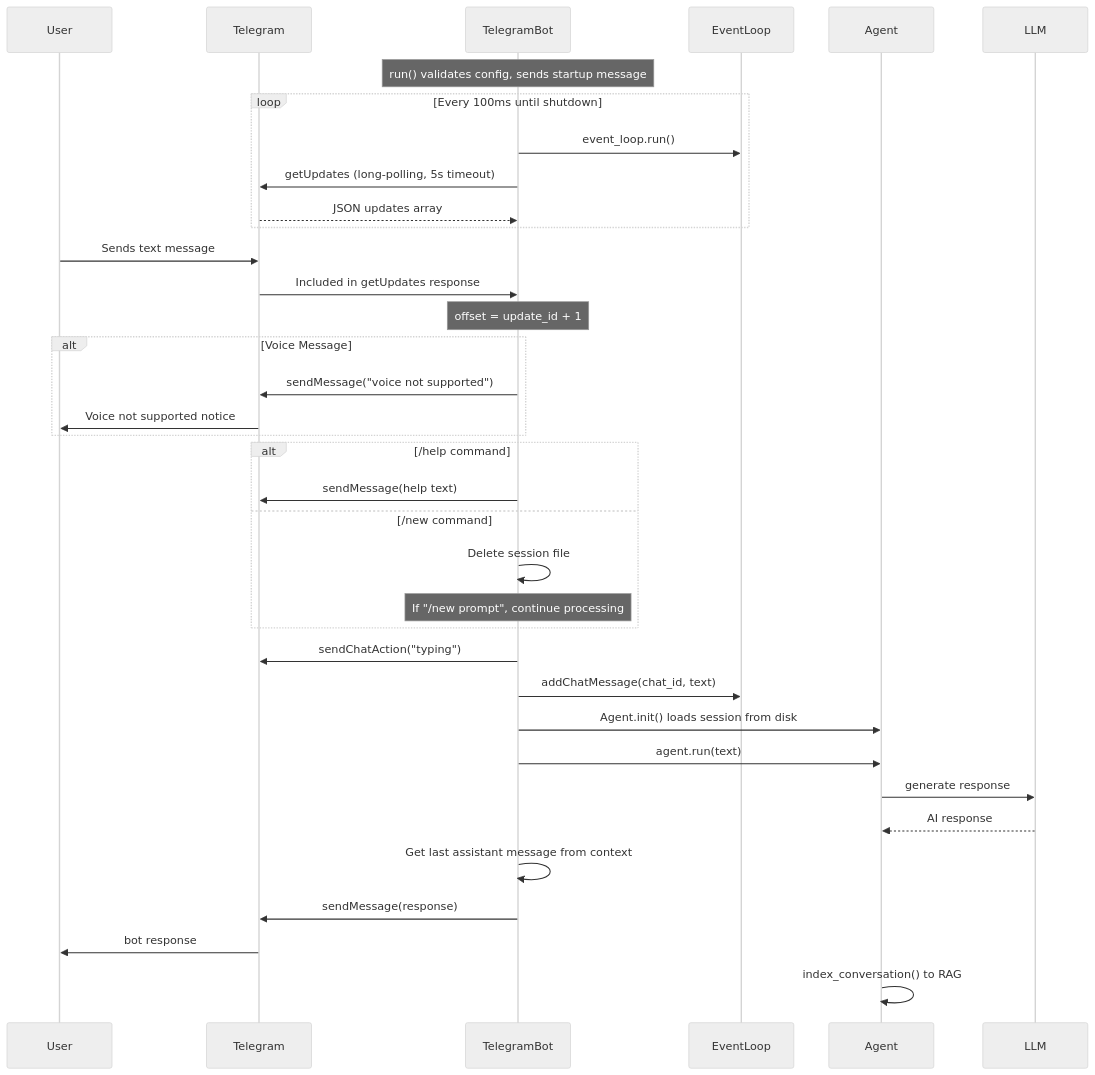
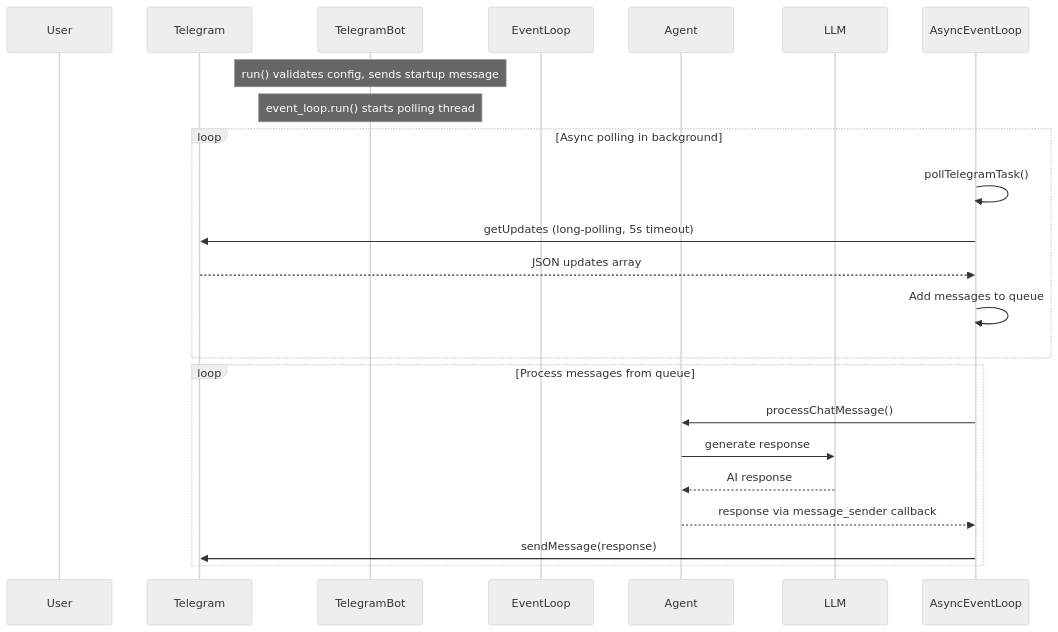
The second of 4 diagrams in docs/TELEGRAM_BOT.md (satibot/satibot), drawn with Mermaid (neutral theme) before and after one commit. The commit also changed other lines of this file and 3 other files, not shown here.

First line of the commit message:
fix: migrate Telegram bot to fully async event loop architecture with background polling

````diff
--- a/docs/TELEGRAM_BOT.md
+++ b/docs/TELEGRAM_BOT.md
@@ -112,54 +122,32 @@
 ```mermaid
 sequenceDiagram
     participant User
     participant Telegram
     participant TelegramBot
     participant EventLoop
     participant Agent
     participant LLM
     
     %% Initial Setup
     Note over TelegramBot: run() validates config, sends startup message
     
     %% Main Loop
-    loop Every 100ms until shutdown
-        TelegramBot->>EventLoop: event_loop.run()
-        TelegramBot->>Telegram: getUpdates (long-polling, 5s timeout)
-        Telegram-->>TelegramBot: JSON updates array
+    Note over TelegramBot: event_loop.run() starts polling thread
+    
+    %% Async Polling
+    loop Async polling in background
+        AsyncEventLoop->>AsyncEventLoop: pollTelegramTask()
+        AsyncEventLoop->>Telegram: getUpdates (long-polling, 5s timeout)
+        Telegram-->>AsyncEventLoop: JSON updates array
+        AsyncEventLoop->>AsyncEventLoop: Add messages to queue
     end
     
-    %% Message Reception
-    User->>Telegram: Sends text message
-    Telegram->>TelegramBot: Included in getUpdates response
-    Note over TelegramBot: offset = update_id + 1
-    
-    %% Voice Message Handling
-    alt Voice Message
-        TelegramBot->>Telegram: sendMessage("voice not supported")
-        Telegram->>User: Voice not supported notice
+    %% Message Processing
+    loop Process messages from queue
+        AsyncEventLoop->>Agent: processChatMessage()
+        Agent->>LLM: generate response
+        LLM-->>Agent: AI response
+        Agent-->>AsyncEventLoop: response via message_sender callback
+        AsyncEventLoop->>Telegram: sendMessage(response)
     end
-    
-    %% Command Handling
-    alt /help command
-        TelegramBot->>Telegram: sendMessage(help text)
-    else /new command
-        TelegramBot->>TelegramBot: Delete session file
-        Note over TelegramBot: If "/new prompt", continue processing
-    end
-    
-    %% Agent Processing (synchronous)
-    TelegramBot->>Telegram: sendChatAction("typing")
-    TelegramBot->>EventLoop: addChatMessage(chat_id, text)
-    TelegramBot->>Agent: Agent.init() loads session from disk
-    TelegramBot->>Agent: agent.run(text)
-    Agent->>LLM: generate response
-    LLM-->>Agent: AI response
-    
-    %% Response Delivery
-    TelegramBot->>TelegramBot: Get last assistant message from context
-    TelegramBot->>Telegram: sendMessage(response)
-    Telegram->>User: bot response
-    
-    %% Post-processing
-    Agent->>Agent: index_conversation() to RAG
 ```
````
